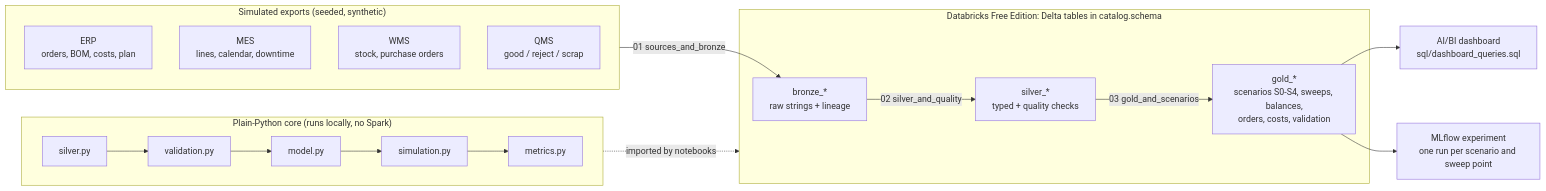
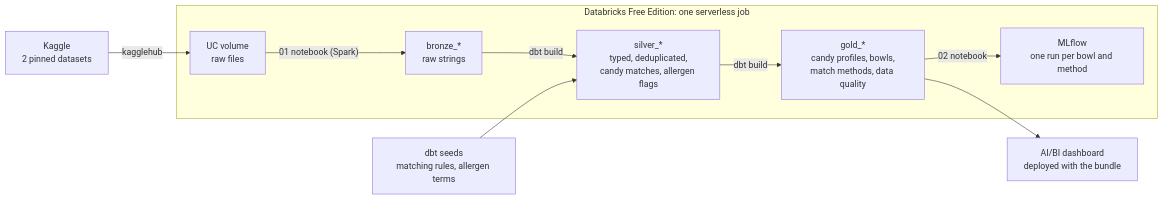
One commit to kidskoding/candyops changed the diagram in README.md. Above: the diagram before and after it, drawn with Mermaid. The commit also changed other lines of this file and 2 other files, not shown here.

Commit message:
docs: describe the Kaggle and dbt pipeline and its results

````diff
--- a/README.md
+++ b/README.md
@@ -60,25 +28,12 @@
 ```mermaid
 flowchart LR
-  subgraph SRC["Simulated exports (seeded, synthetic)"]
-    ERP["ERP<br/>orders, BOM, costs, plan"]
-    MES["MES<br/>lines, calendar, downtime"]
-    WMS["WMS<br/>stock, purchase orders"]
-    QMS["QMS<br/>good / reject / scrap"]
+  K["Kaggle<br/>2 pinned datasets"] -- "kagglehub" --> V["UC volume<br/>raw files"]
+  subgraph DBX["Databricks Free Edition: one serverless job"]
+    V -- "01 notebook (Spark)" --> B["bronze_*<br/>raw strings"]
+    B -- "dbt build" --> S["silver_*<br/>typed, deduplicated,<br/>candy matches, allergen flags"]
+    S -- "dbt build" --> G["gold_*<br/>candy profiles, bowls,<br/>match methods, data quality"]
+    G -- "02 notebook" --> M["MLflow<br/>one run per bowl and method"]
   end
-  subgraph DBX["Databricks Free Edition: Delta tables in catalog.schema"]
-    B["bronze_*<br/>raw strings + lineage"]
-    S["silver_*<br/>typed + quality checks"]
-    G["gold_*<br/>scenarios S0-S4, sweeps, balances,<br/>orders, costs, validation"]
-  end
-  D["AI/BI dashboard<br/>sql/dashboard_queries.sql"]
-  SRC -- "01 sources_and_bronze" --> B
-  B -- "02 silver_and_quality" --> S
-  S -- "03 gold_and_scenarios" --> G
-  G --> D
-  G --> M["MLflow experiment<br/>one run per scenario and sweep point"]
-  subgraph CORE["Plain-Python core (runs locally, no Spark)"]
-    direction LR
-    P1[silver.py] --> P2[validation.py] --> P3[model.py] --> P4[simulation.py] --> P5[metrics.py]
-  end
-  CORE -. "imported by notebooks" .-> DBX
+  SEED["dbt seeds<br/>matching rules, allergen terms"] --> S
+  G --> D["AI/BI dashboard<br/>deployed with the bundle"]
 ```
````
